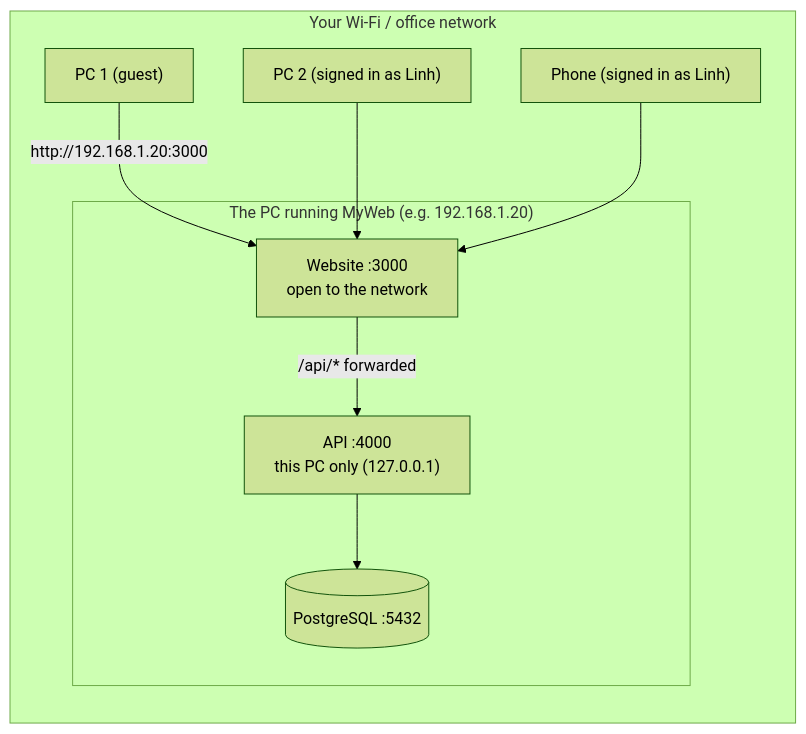
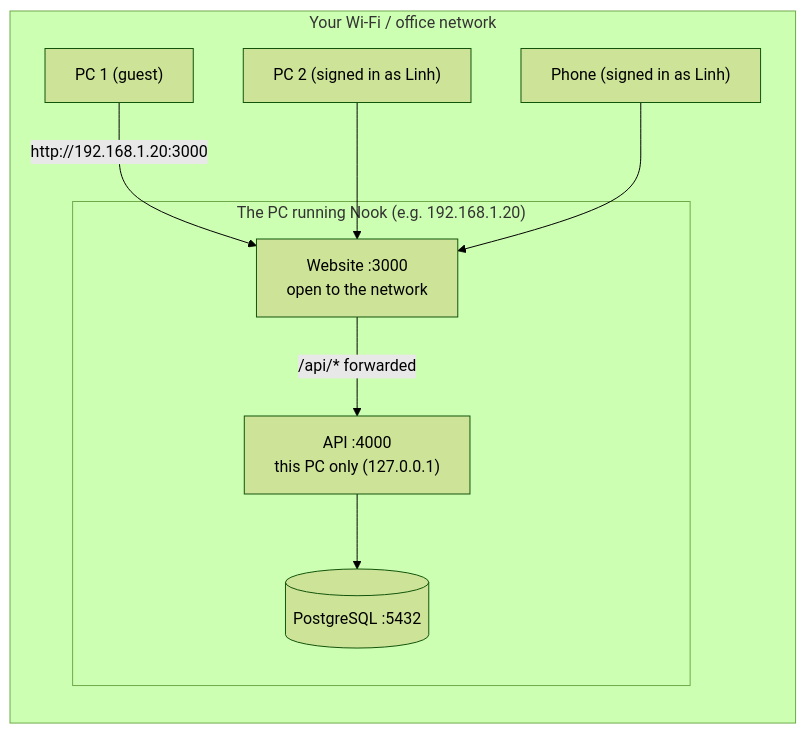
Before and after one commit to tqhung431/MyWeb: the first of 4 diagrams in docs/stage-4.md, drawn with Mermaid (forest theme). The commit also changed other lines of this file and 56 other files, not shown here.

First line of the commit message:
Rename MyWeb to Nook; clearer .env.example and README

````diff
--- a/docs/stage-4.md
+++ b/docs/stage-4.md
@@ -18,18 +18,18 @@
 ```mermaid
 flowchart LR
     subgraph Network["Your Wi-Fi / office network"]
         PC1["PC 1 (guest)"]
         PC2["PC 2 (signed in as Linh)"]
         PH["Phone (signed in as Linh)"]
-        subgraph Host["The PC running MyWeb (e.g. 192.168.1.20)"]
+        subgraph Host["The PC running Nook (e.g. 192.168.1.20)"]
             N["Website :3000<br/>open to the network"]
             A["API :4000<br/>this PC only (127.0.0.1)"]
             D[("PostgreSQL :5432")]
         end
     end
     PC1 -- "http://192.168.1.20:3000" --> N
     PC2 --> N
     PH --> N
     N -- "/api/* forwarded" --> A
     A --> D
 ```
````
